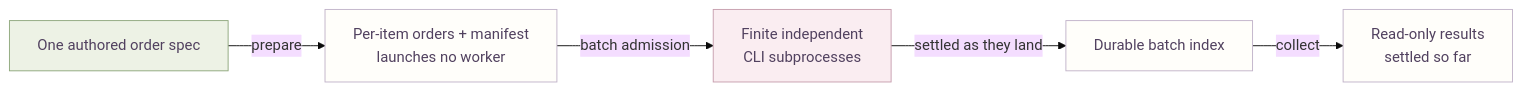
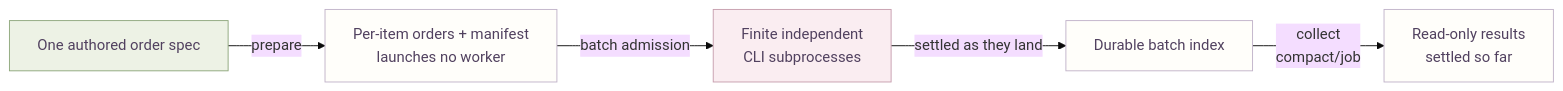
Before and after one commit to IndelibleVivi/codex-worker-routing: the second of 3 diagrams in docs/architecture.en.md, drawn with Mermaid (base theme). The commit also changed other lines of this file and 22 other files, not shown here.

````diff
--- a/docs/architecture.en.md
+++ b/docs/architecture.en.md
@@ -75,13 +78,13 @@
 ```mermaid
 flowchart LR
   Spec["One authored order spec"] -->|prepare| Man["Per-item orders + manifest<br/>launches no worker"]
   Man -->|batch admission| Jobs["Finite independent<br/>CLI subprocesses"]
   Jobs -->|settled as they land| Index["Durable batch index"]
-  Index -->|collect| Read["Read-only results<br/>settled so far"]
+  Index -->|collect<br/>compact/job| Read["Read-only results<br/>settled so far"]
   classDef coordinator fill:#edf2e5,stroke:#8fa77c,color:#51415f
   classDef worker fill:#faedf1,stroke:#c69eae,color:#51415f
   classDef evidence fill:#fffefa,stroke:#c1b3c9,color:#51415f
   class Spec coordinator
   class Jobs worker
   class Man,Index,Read evidence
 ```
````
